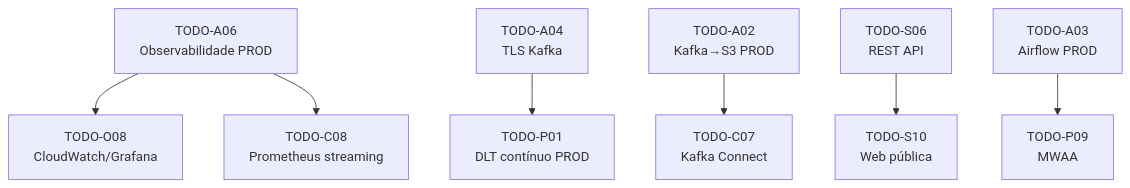
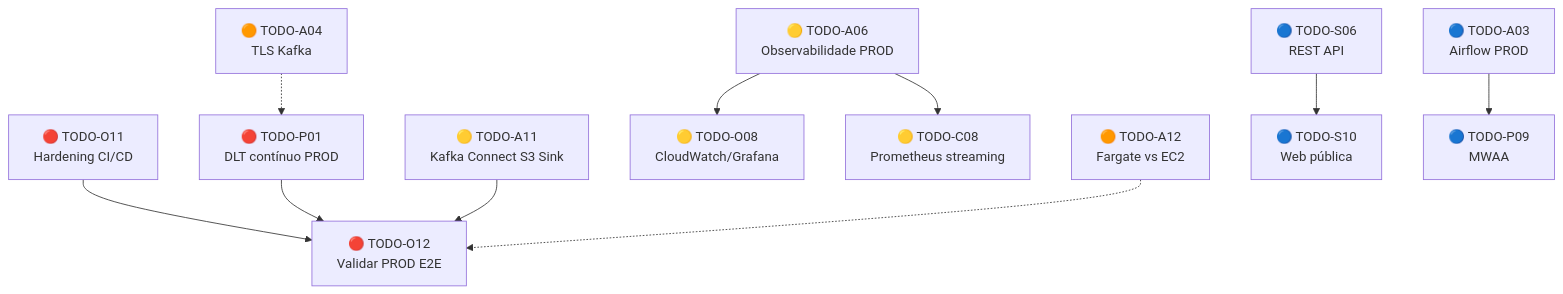
Before and after one commit to marcoaureliomenezes/dd_chain_explorer: the diagram in docs/06_roadmap.md, drawn with Mermaid. The commit also changed other lines of this file and 4 other files, not shown here.

First line of the commit message:
docs: add P0 TODOs (O11, O12), new TODOs (A11, A12), restructure roadmap

````diff
--- a/docs/06_roadmap.md
+++ b/docs/06_roadmap.md
@@ -93,9 +95,12 @@
 ```mermaid
 flowchart TD
-    A06["TODO-A06<br/>Observabilidade PROD"] --> O08["TODO-O08<br/>CloudWatch/Grafana"]
-    A06 --> C08["TODO-C08<br/>Prometheus streaming"]
-    A04["TODO-A04<br/>TLS Kafka"] --> P01["TODO-P01<br/>DLT contínuo PROD"]
-    A02["TODO-A02<br/>Kafka→S3 PROD"] --> C07["TODO-C07<br/>Kafka Connect"]
-    S06["TODO-S06<br/>REST API"] --> S10["TODO-S10<br/>Web pública"]
-    A03["TODO-A03<br/>Airflow PROD"] --> P09["TODO-P09<br/>MWAA"]
+    O11["🔴 TODO-O11<br/>Hardening CI/CD"] --> O12["🔴 TODO-O12<br/>Validar PROD E2E"]
+    P01["🔴 TODO-P01<br/>DLT contínuo PROD"] --> O12
+    A11["🟡 TODO-A11<br/>Kafka Connect S3 Sink"] --> O12
+    A06["🟡 TODO-A06<br/>Observabilidade PROD"] --> O08["🟡 TODO-O08<br/>CloudWatch/Grafana"]
+    A06 --> C08["🟡 TODO-C08<br/>Prometheus streaming"]
+    A04["🟠 TODO-A04<br/>TLS Kafka"] -.-> P01
+    A12["🟠 TODO-A12<br/>Fargate vs EC2"] -.-> O12
+    S06["🔵 TODO-S06<br/>REST API"] --> S10["🔵 TODO-S10<br/>Web pública"]
+    A03["🔵 TODO-A03<br/>Airflow PROD"] --> P09["🔵 TODO-P09<br/>MWAA"]
 ```
````
